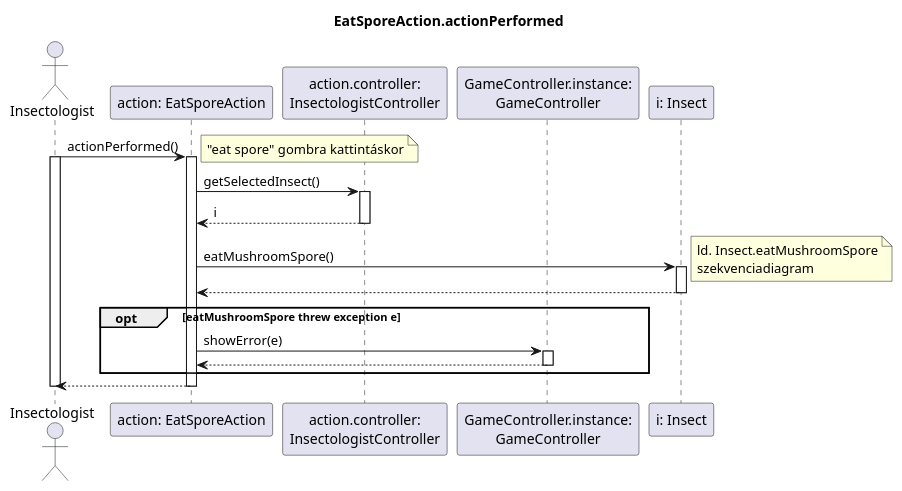
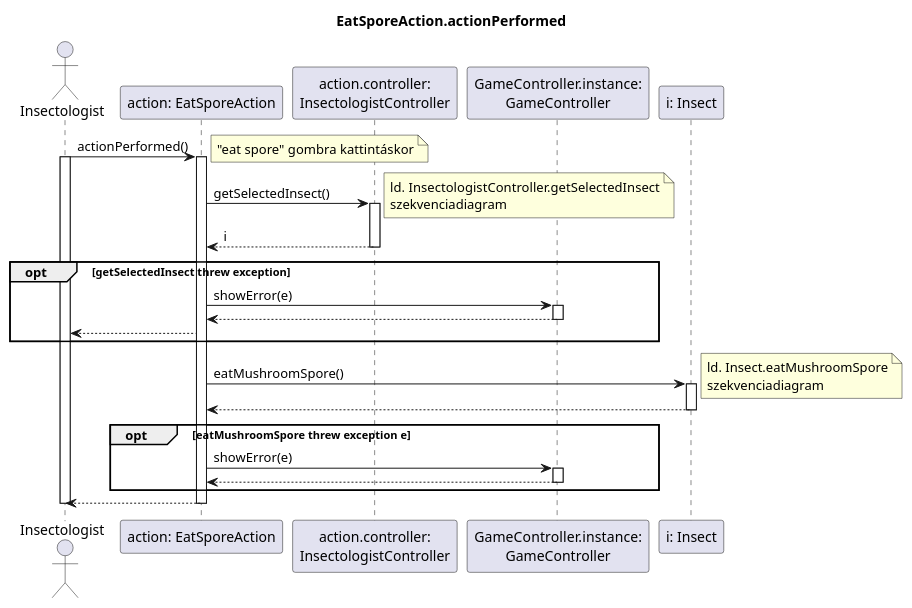
One commit to dzsem/projlab changed the diagram in diagrams/mvc-sequence/eatSporeAction.plantuml. Above: the diagram before and after it, drawn with PlantUML. The commit also changed 3 other files, not shown here.

Commit message:
getSelectedInsect kifejtés, hibakezelés

```diff
--- a/diagrams/mvc-sequence/eatSporeAction.plantuml
+++ b/diagrams/mvc-sequence/eatSporeAction.plantuml
@@ -1,41 +1,52 @@
 @startuml eatSporeAction
 
 title EatSporeAction.actionPerformed
 
 actor "Insectologist" as i
 participant "action: EatSporeAction" as a
 participant "action.controller:\nInsectologistController" as c
 participant "GameController.instance:\nGameController" as gc
 participant "i: Insect" as ins
 
 i -> a: actionPerformed()
 note right: "eat spore" gombra kattintáskor
 activate a
 activate i
 
 	a -> c: getSelectedInsect()
+	note right: ld. InsectologistController.getSelectedInsect\nszekvenciadiagram
 	activate c
 
 	a <-- c: i
 	deactivate c
+
+	opt getSelectedInsect threw exception
+		a -> gc: showError(e)
+		activate gc
+
+		a <-- gc
+		deactivate gc
+
+		i <-- a
+	end
 
 	a -> ins: eatMushroomSpore()
 	note right: ld. Insect.eatMushroomSpore\nszekvenciadiagram
 	activate ins
 
 	a <-- ins
 	deactivate ins
 	
 	opt eatMushroomSpore threw exception e
 		a -> gc: showError(e)
 		activate gc
 
 		a <-- gc
 		deactivate gc
 	end
 
 i <-- a
 deactivate i
 deactivate a
 
 @enduml
```
